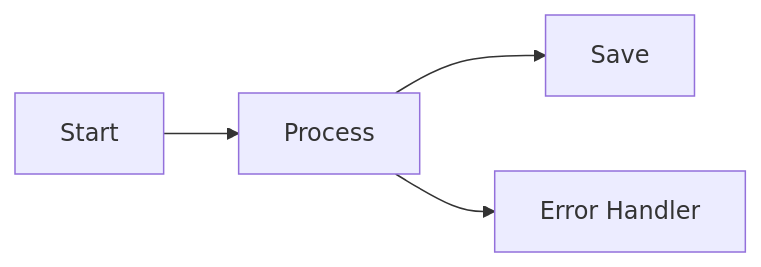
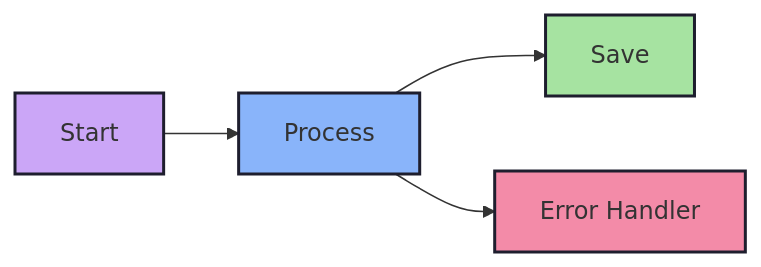
Before and after one commit to mark3labs/flyt: the second of 2 diagrams in README.md, drawn with Mermaid. The commit also changed other lines of this file and 1 other file, not shown here.

````diff
--- a/README.md
+++ b/README.md
@@ -48,6 +48,11 @@
 ```mermaid
 graph LR
     Start --> Process
     Process --> Save
     Process --> ErrorHandler[Error Handler]
+    
+    style Start fill:#cba6f7,stroke:#1e1e2e,stroke-width:2px
+    style Process fill:#89b4fa,stroke:#1e1e2e,stroke-width:2px
+    style Save fill:#a6e3a1,stroke:#1e1e2e,stroke-width:2px
+    style ErrorHandler fill:#f38ba8,stroke:#1e1e2e,stroke-width:2px
 ```
````
